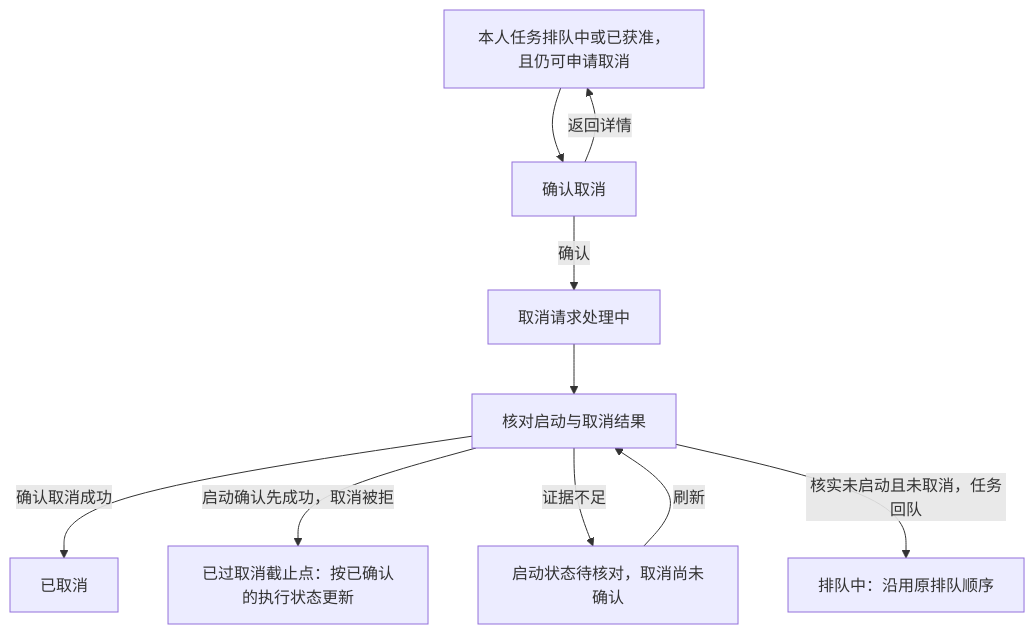
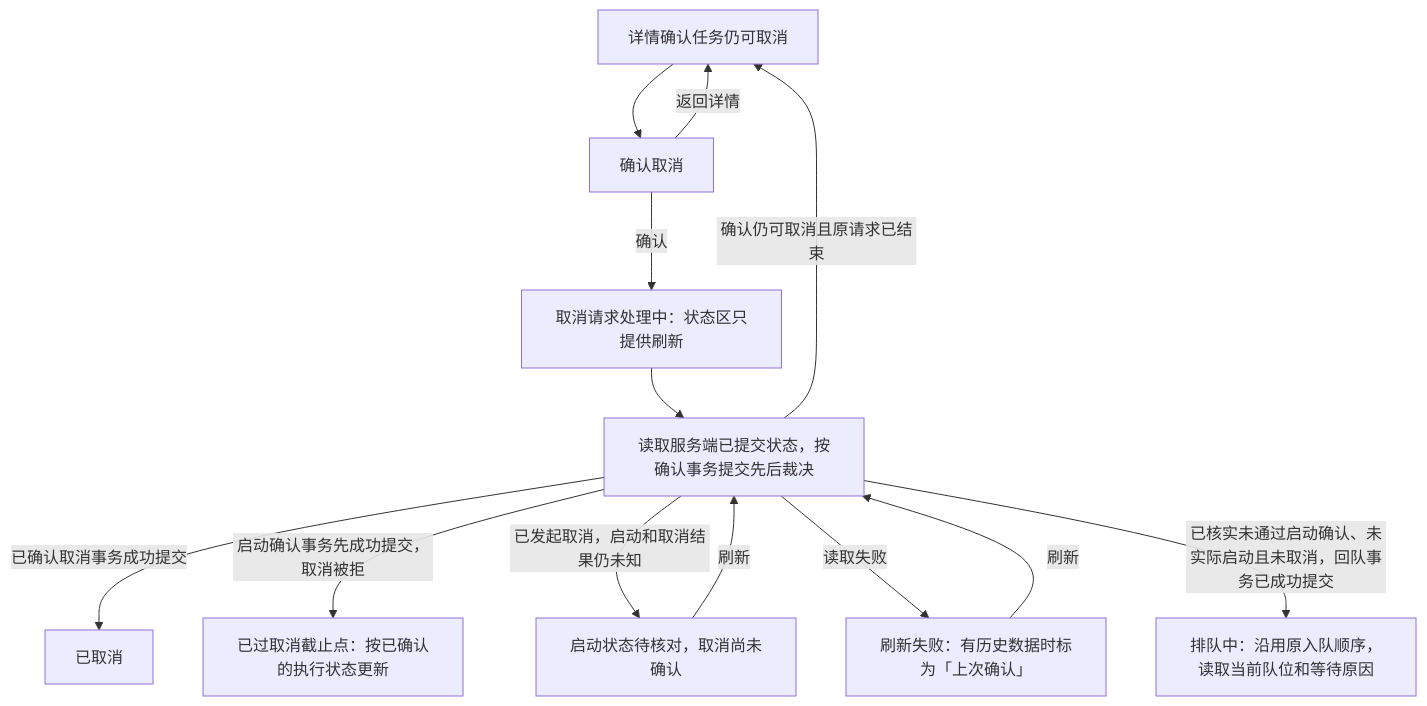
One commit to 108Rocket/LabQueue changed the third of 3 diagrams in _bmad-output/planning-artifacts/ux-designs/ux-LabQueue-2026-11-19/wireframes.md. Above: the diagram before and after it, drawn with Mermaid. The commit also changed other lines of this file and 2 other files, not shown here.

````diff
--- a/_bmad-output/planning-artifacts/ux-designs/ux-LabQueue-2026-11-19/wireframes.md
+++ b/_bmad-output/planning-artifacts/ux-designs/ux-LabQueue-2026-11-19/wireframes.md
@@ -202,20 +219,24 @@
 ```mermaid
 flowchart TD
-  entry["本人任务排队中或已获准，且仍可申请取消"]
+  entry["详情确认任务仍可取消"]
   dialog["确认取消"]
-  request["取消请求处理中"]
-  check["核对启动与取消结果"]
+  request["取消请求处理中：状态区只提供刷新"]
+  read["读取服务端已提交状态，按确认事务提交先后裁决"]
   cancelled["已取消"]
   cutoff["已过取消截止点：按已确认的执行状态更新"]
   pending["启动状态待核对，取消尚未确认"]
-  requeue["排队中：沿用原排队顺序"]
+  readError["刷新失败：有历史数据时标为「上次确认」"]
+  requeue["排队中：沿用原入队顺序，读取当前队位和等待原因"]
   entry --> dialog
   dialog -->|确认| request
   dialog -->|返回详情| entry
-  request --> check
-  check -->|确认取消成功| cancelled
-  check -->|启动确认先成功，取消被拒| cutoff
-  check -->|证据不足| pending
-  pending -->|刷新| check
-  check -->|核实未启动且未取消，任务回队| requeue
+  request --> read
+  read -->|已确认取消事务成功提交| cancelled
+  read -->|启动确认事务先成功提交，取消被拒| cutoff
+  read -->|已发起取消，启动和取消结果仍未知| pending
+  read -->|读取失败| readError
+  pending -->|刷新| read
+  readError -->|刷新| read
+  read -->|确认仍可取消且原请求已结束| entry
+  read -->|已核实未通过启动确认、未实际启动且未取消，回队事务已成功提交| requeue
 ```
````
